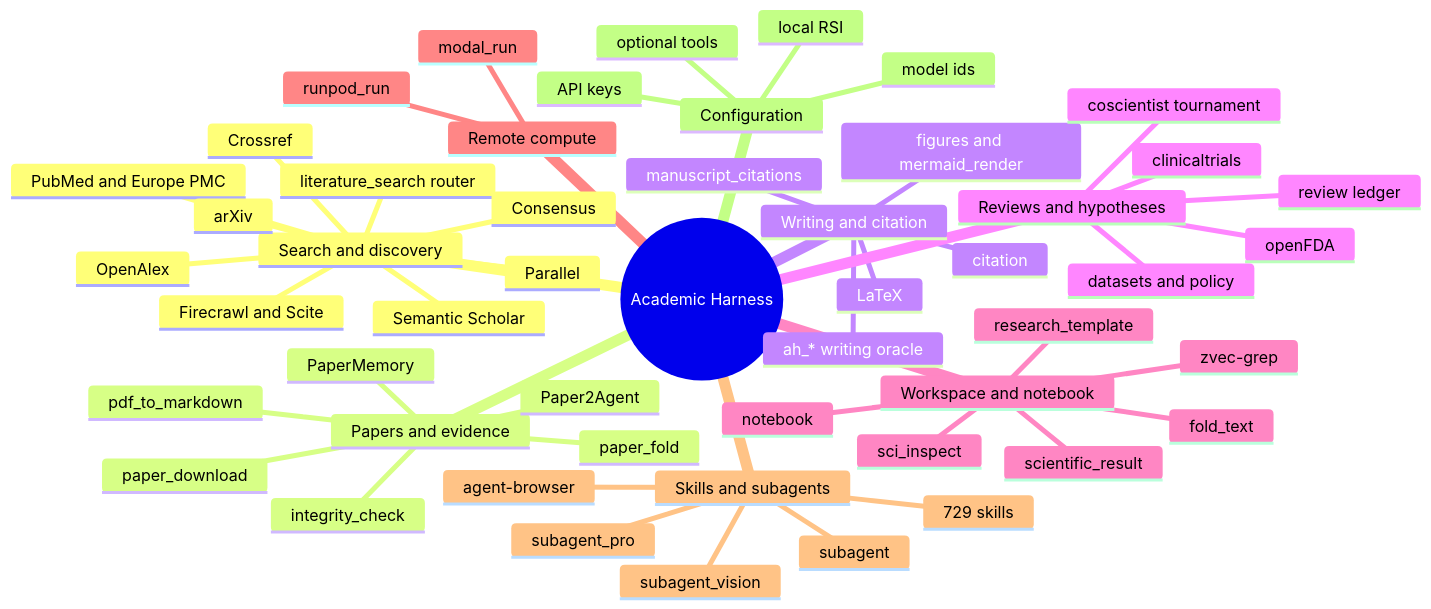
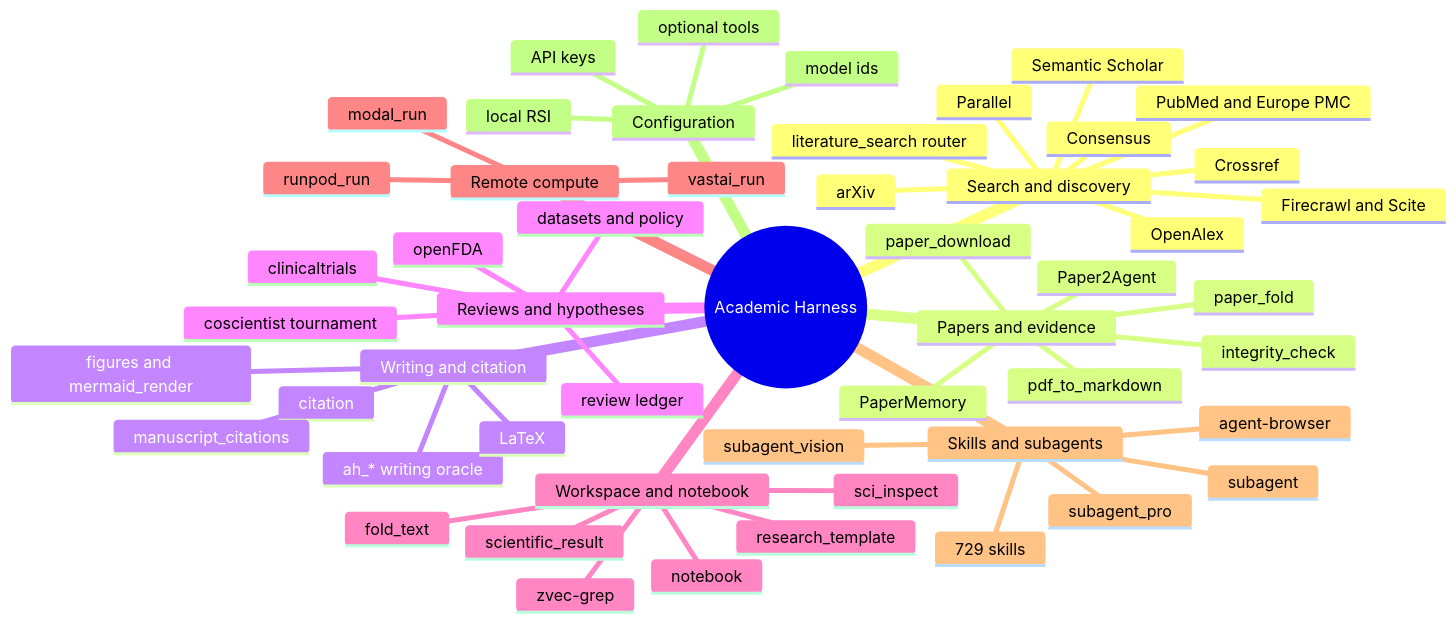
Before and after one commit to raktim-mondol/academic-harness: the diagram in docs/diagrams/capability-map.mmd, drawn with Mermaid. The commit also changed 47 other files, not shown here.

```diff
--- a/docs/diagrams/capability-map.mmd
+++ b/docs/diagrams/capability-map.mmd
@@ -1,52 +1,53 @@
 mindmap
   root((Academic Harness))
     Search and discovery
       literature_search router
       OpenAlex
       Semantic Scholar
       PubMed and Europe PMC
       arXiv
       Crossref
       Consensus
       Parallel
       Firecrawl and Scite
     Papers and evidence
       paper_download
       paper_fold
       pdf_to_markdown
       PaperMemory
       integrity_check
       Paper2Agent
     Writing and citation
       ah_* writing oracle
       citation
       manuscript_citations
       LaTeX
       figures and mermaid_render
     Reviews and hypotheses
       review ledger
       coscientist tournament
       clinicaltrials
       openFDA
       datasets and policy
     Workspace and notebook
       zvec-grep
       notebook
       scientific_result
       fold_text
       sci_inspect
       research_template
     Remote compute
       modal_run
       runpod_run
+      vastai_run
     Skills and subagents
       729 skills
       agent-browser
       subagent
       subagent_pro
       subagent_vision
     Configuration
       API keys
       model ids
       optional tools
       local RSI
```
